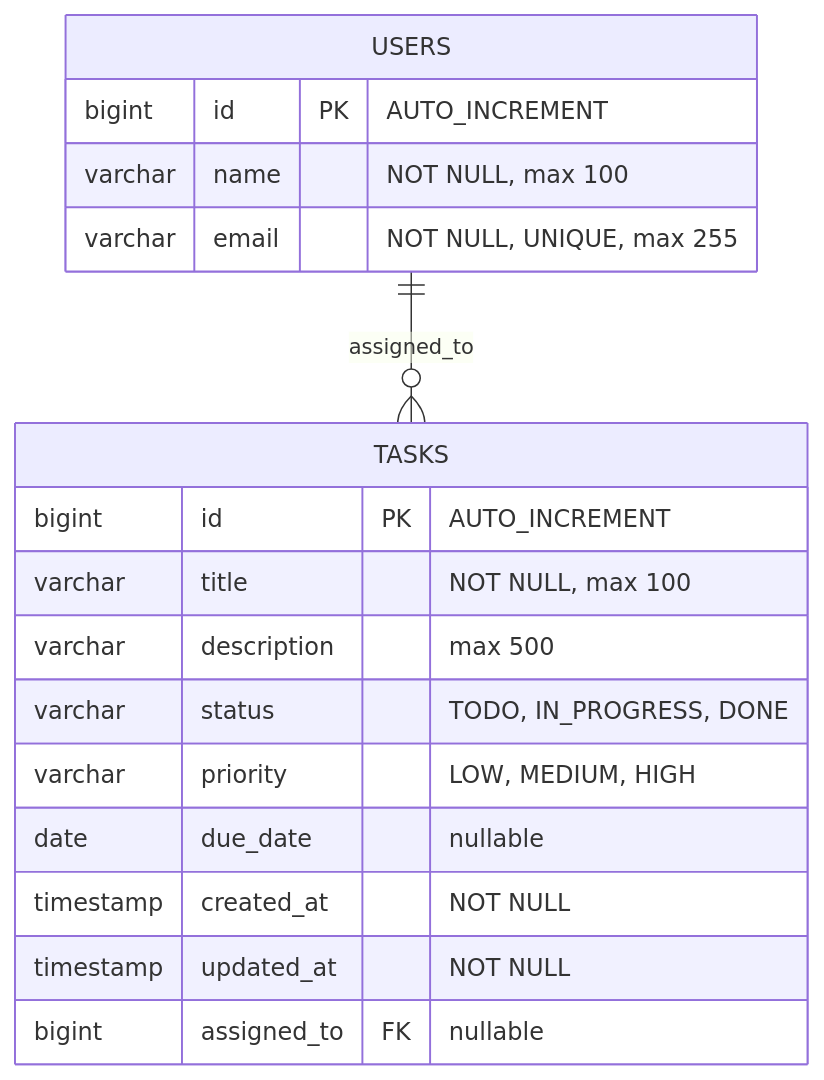
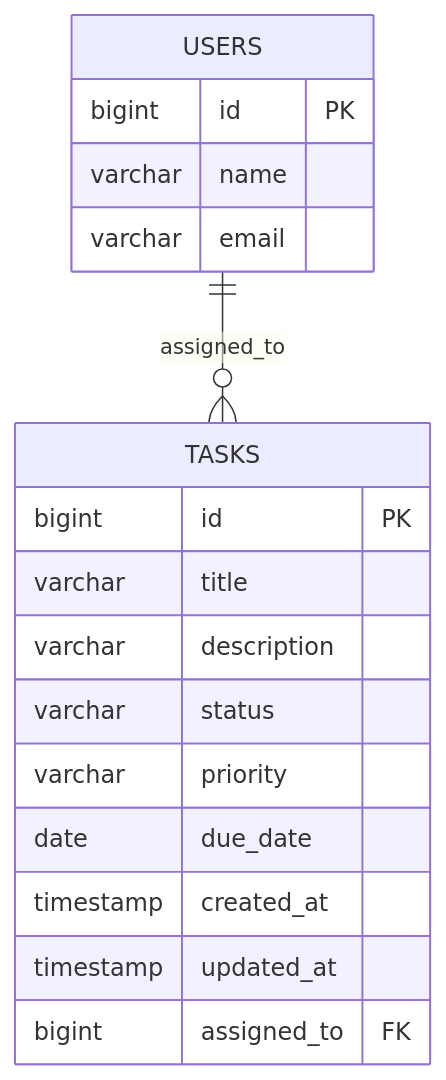
One commit to berserk3142-max/REST-API-for-a-Task-Management-system changed the fourth of 8 diagrams in README.md. Above: the diagram before and after it, drawn with Mermaid. The commit also changed other lines of this file, not shown here.

````diff
--- a/README.md
+++ b/README.md
@@ -213,22 +213,22 @@
 ```mermaid
 erDiagram
     USERS {
-        bigint id PK "AUTO_INCREMENT"
-        varchar name "NOT NULL, max 100"
-        varchar email "NOT NULL, UNIQUE, max 255"
+        bigint id PK
+        varchar name
+        varchar email
     }
     
     TASKS {
-        bigint id PK "AUTO_INCREMENT"
-        varchar title "NOT NULL, max 100"
-        varchar description "max 500"
-        varchar status "TODO, IN_PROGRESS, DONE"
-        varchar priority "LOW, MEDIUM, HIGH"
-        date due_date "nullable"
-        timestamp created_at "NOT NULL"
-        timestamp updated_at "NOT NULL"
-        bigint assigned_to FK "nullable"
+        bigint id PK
+        varchar title
+        varchar description
+        varchar status
+        varchar priority
+        date due_date
+        timestamp created_at
+        timestamp updated_at
+        bigint assigned_to FK
     }
     
-    USERS ||--o{ TASKS : "assigned_to"
+    USERS ||--o{ TASKS : assigned_to
 ```
````
